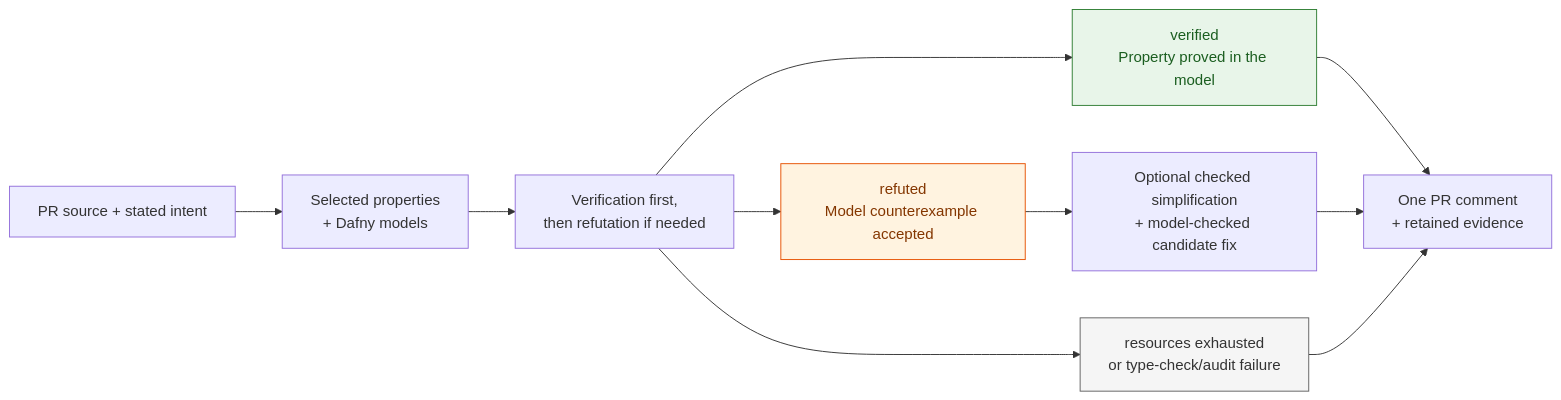
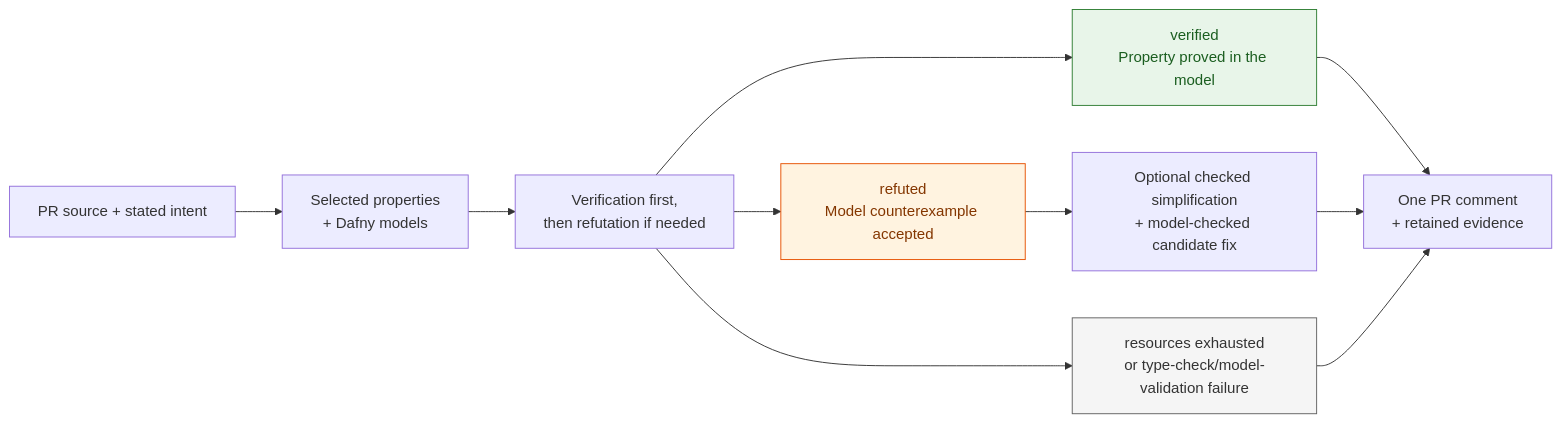
One commit to microsoft/neuro-formal-verification changed the diagram in workflow/README.md. Above: the diagram before and after it, drawn with Mermaid. The commit also changed other lines of this file and 15 other files, not shown here.

````diff
--- a/workflow/README.md
+++ b/workflow/README.md
@@ -54,18 +54,18 @@
 ```mermaid
 flowchart LR
     PR["PR source + stated intent"] --> Properties["Selected properties<br/>+ Dafny models"]
     Properties --> Checks["Verification first,<br/>then refutation if needed"]
     Checks --> Verified["verified<br/>Property proved in the model"]
     Checks --> Refuted["refuted<br/>Model counterexample accepted"]
-    Checks --> Unresolved["resources exhausted<br/>or type-check/audit failure"]
+    Checks --> Unresolved["resources exhausted<br/>or type-check/model-validation failure"]
     Verified --> Report["One PR comment<br/>+ retained evidence"]
     Refuted --> Followups["Optional checked simplification<br/>+ model-checked candidate fix"]
     Followups --> Report
     Unresolved --> Report
     classDef proved fill:#e8f5e9,stroke:#2e7d32,color:#1b5e20
     classDef refuted fill:#fff3e0,stroke:#e65100,color:#843600
     classDef unresolved fill:#f5f5f5,stroke:#616161,color:#333333
     class Verified proved
     class Refuted refuted
     class Unresolved unresolved
 ```
````
